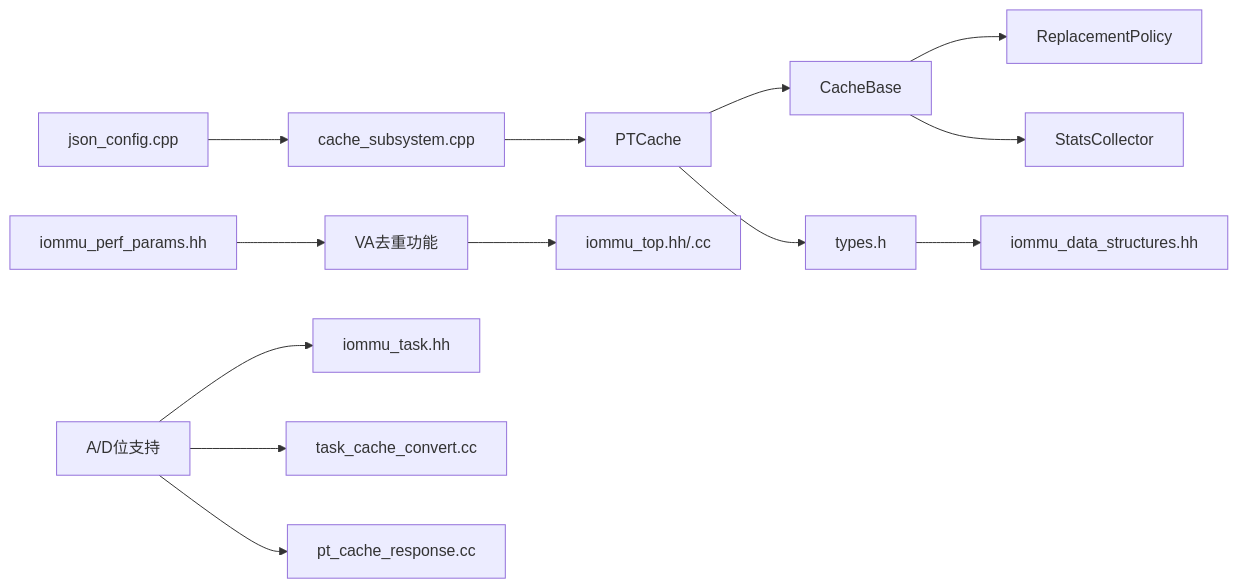
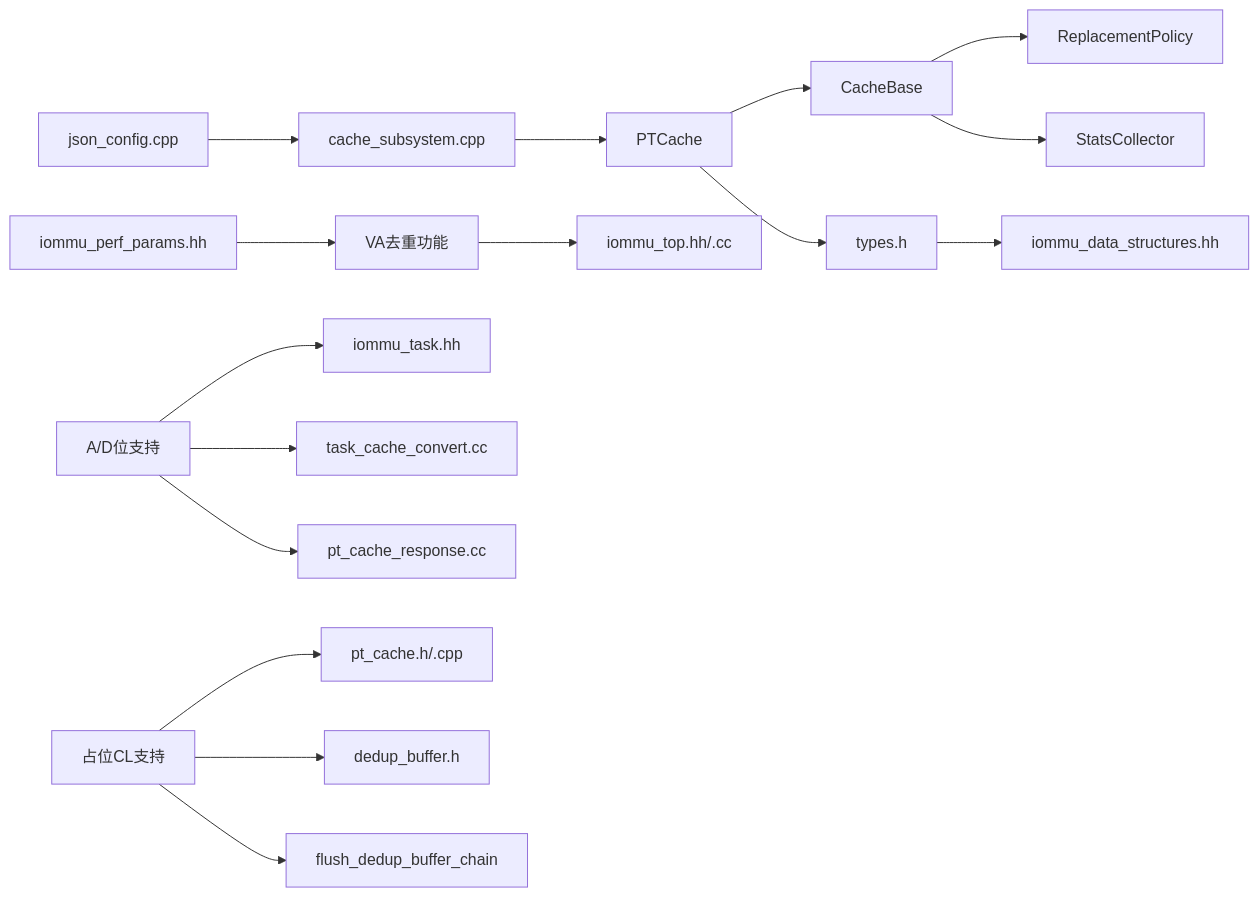
Diagram 15 of 15 in .qoder/repowiki/zh/content/缓存系统架构/页表缓存(PT Cache)/页表缓存(PT Cache).md (jiangjiang1122/iommu_model_20260401_v1), drawn with Mermaid before and after one commit. The commit also changed other lines of this file and 21 other files, not shown here.

First line of the commit message:
fix: PT Cache dedup+prefetch mechanism - full 20-packet test PASS

````diff
--- a/.qoder/repowiki/zh/content/缓存系统架构/页表缓存(PT Cache)/页表缓存(PT Cache).md
+++ b/.qoder/repowiki/zh/content/缓存系统架构/页表缓存(PT Cache)/页表缓存(PT Cache).md
@@ -615,15 +780,18 @@
 ```mermaid
 graph LR
 PTCache["PTCache"] --> CacheBase["CacheBase<T,D>"]
 CacheBase --> Replacement["ReplacementPolicy"]
 CacheBase --> Stats["StatsCollector"]
 PTCache --> Types["types.h"]
 Types --> DS["iommu_data_structures.hh"]
 JSON["json_config.cpp"] --> Subsys["cache_subsystem.cpp"]
 Subsys --> PTCache
 Params["iommu_perf_params.hh"] --> Dedup["VA去重功能"]
 Dedup --> Top["iommu_top.hh/.cc"]
 ADSupport["A/D位支持"] --> Task["iommu_task.hh"]
 ADSupport --> Convert["task_cache_convert.cc"]
 ADSupport --> Response["pt_cache_response.cc"]
+PHSupport["占位CL支持"] --> PHInterface["pt_cache.h/.cpp"]
+PHSupport --> DB["dedup_buffer.h"]
+PHSupport --> PF["flush_dedup_buffer_chain"]
 ```
````
